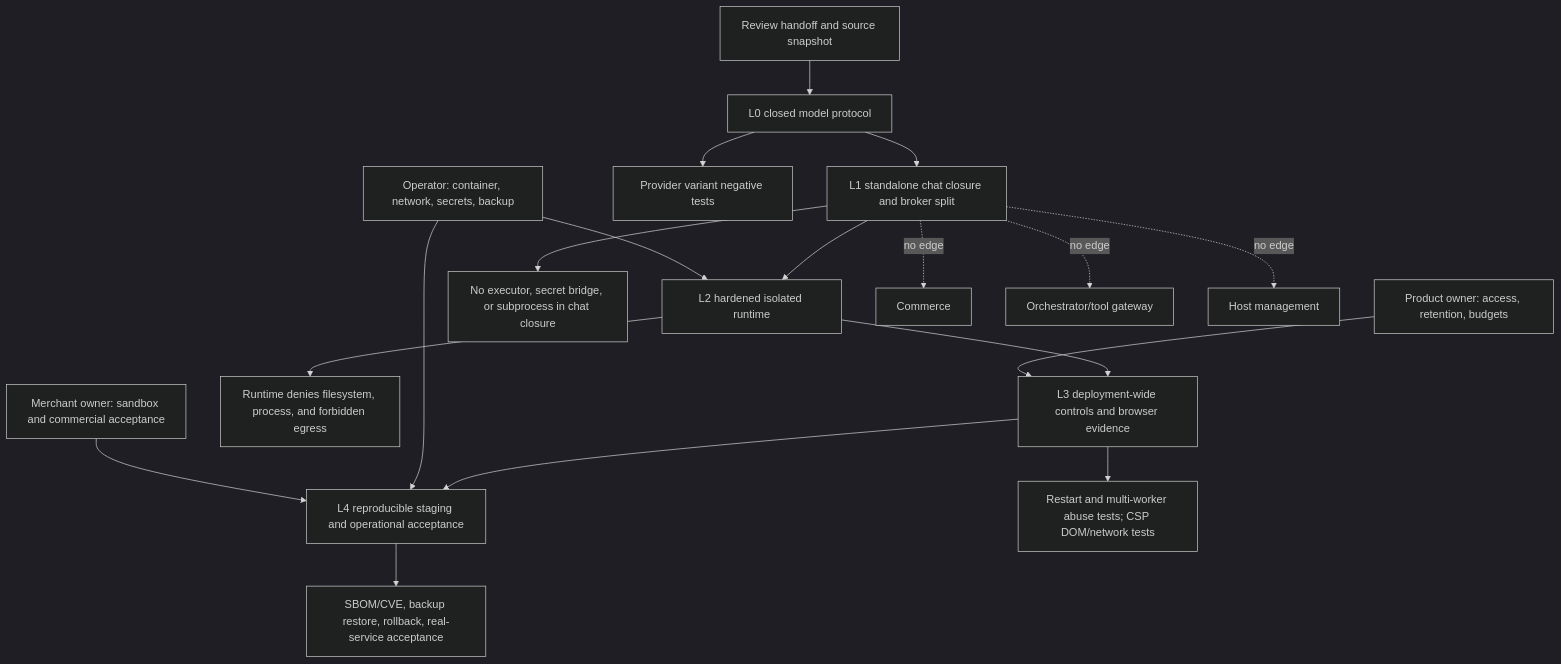
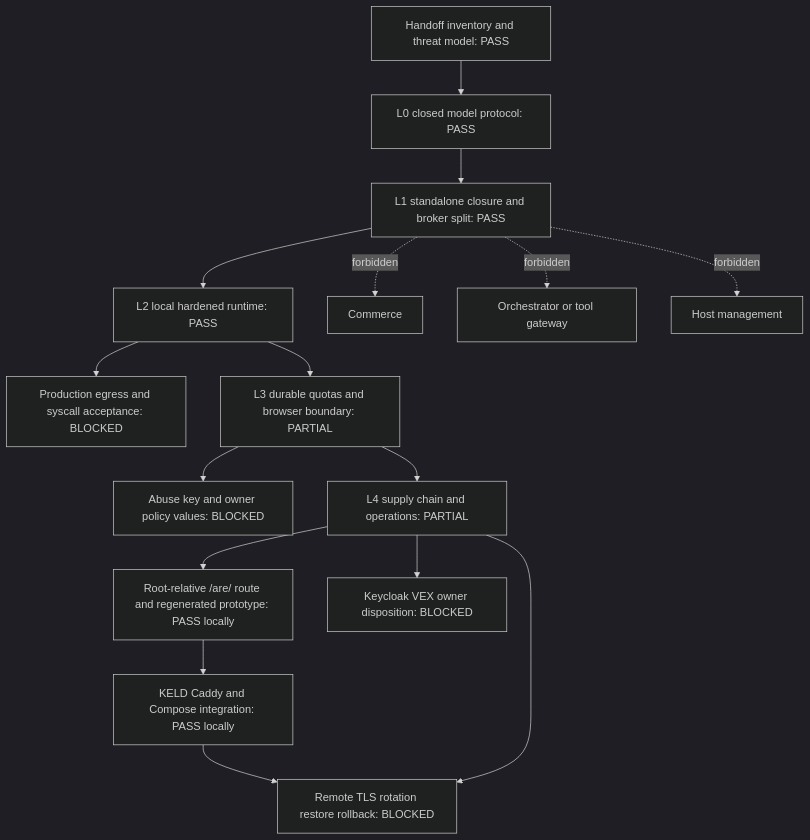
Before and after one commit to vrondelli/cyberAlchemy-v2: the diagram in keld-project/docs/PUBLIC-CHAT-SECURITY-IMPLEMENTATION-DAG.md, drawn with Mermaid (dark theme). The commit also changed other lines of this file and 39861 other files, not shown here.

First line of the commit message:
chore: checkpoint Craft consolidation, ARE research, and KELD updates

````diff
--- a/keld-project/docs/PUBLIC-CHAT-SECURITY-IMPLEMENTATION-DAG.md
+++ b/keld-project/docs/PUBLIC-CHAT-SECURITY-IMPLEMENTATION-DAG.md
@@ -33,23 +28,19 @@
 ```mermaid
 flowchart TD
-  H[Review handoff and source snapshot] --> L0[L0 closed model protocol]
-  L0 --> L1[L1 standalone chat closure and broker split]
-  L1 --> L2[L2 hardened isolated runtime]
-  L2 --> L3[L3 deployment-wide controls and browser evidence]
-  L3 --> L4[L4 reproducible staging and operational acceptance]
+  H[Handoff inventory and threat model: PASS] --> L0[L0 closed model protocol: PASS]
+  L0 --> L1[L1 standalone closure and broker split: PASS]
+  L1 --> L2[L2 local hardened runtime: PASS]
+  L2 --> E[Production egress and syscall acceptance: BLOCKED]
+  L2 --> L3[L3 durable quotas and browser boundary: PARTIAL]
+  L3 --> D[Abuse key and owner policy values: BLOCKED]
+  L3 --> L4[L4 supply chain and operations: PARTIAL]
+  L4 --> R[Root-relative /are/ route and regenerated prototype: PASS locally]
+  R --> I[KELD Caddy and Compose integration: PASS locally]
+  I --> O
+  L4 --> K[Keycloak VEX owner disposition: BLOCKED]
+  L4 --> O[Remote TLS rotation restore rollback: BLOCKED]
 
-  L0 --> P0[Provider variant negative tests]
-  L1 --> P1[No executor, secret bridge, or subprocess in chat closure]
-  L2 --> P2[Runtime denies filesystem, process, and forbidden egress]
-  L3 --> P3[Restart and multi-worker abuse tests; CSP DOM/network tests]
-  L4 --> P4[SBOM/CVE, backup restore, rollback, real-service acceptance]
-
-  O1[Product owner: access, retention, budgets] --> L3
-  O2[Operator: container, network, secrets, backup] --> L2
-  O2 --> L4
-  O3[Merchant owner: sandbox and commercial acceptance] --> L4
-
-  L1 -. no edge .-> X1[Commerce]
-  L1 -. no edge .-> X2[Orchestrator/tool gateway]
-  L1 -. no edge .-> X3[Host management]
+  L1 -. forbidden .-> X1[Commerce]
+  L1 -. forbidden .-> X2[Orchestrator or tool gateway]
+  L1 -. forbidden .-> X3[Host management]
 ```
````
